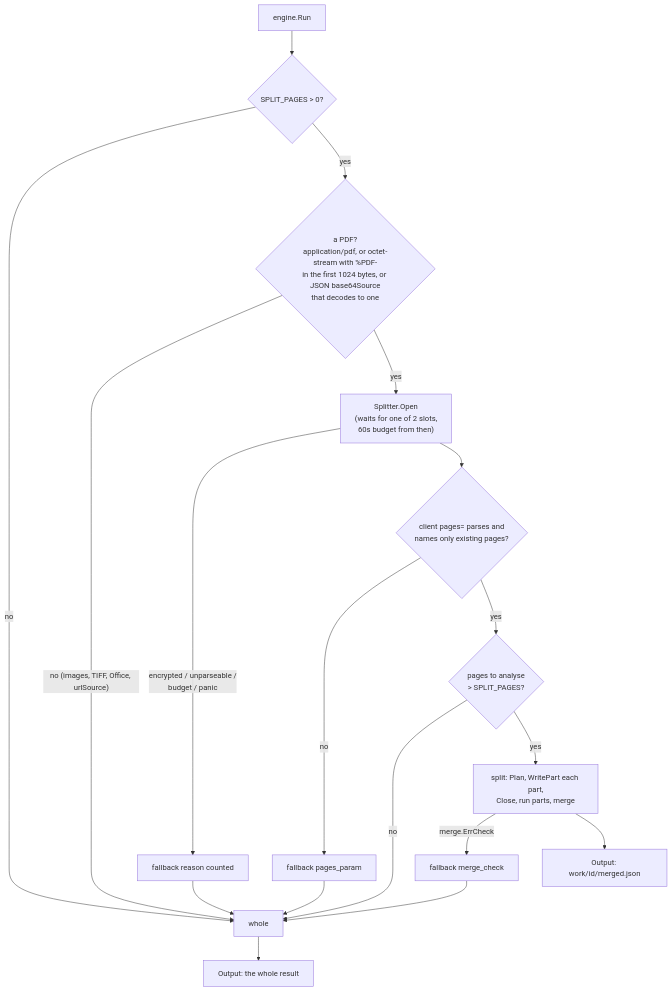
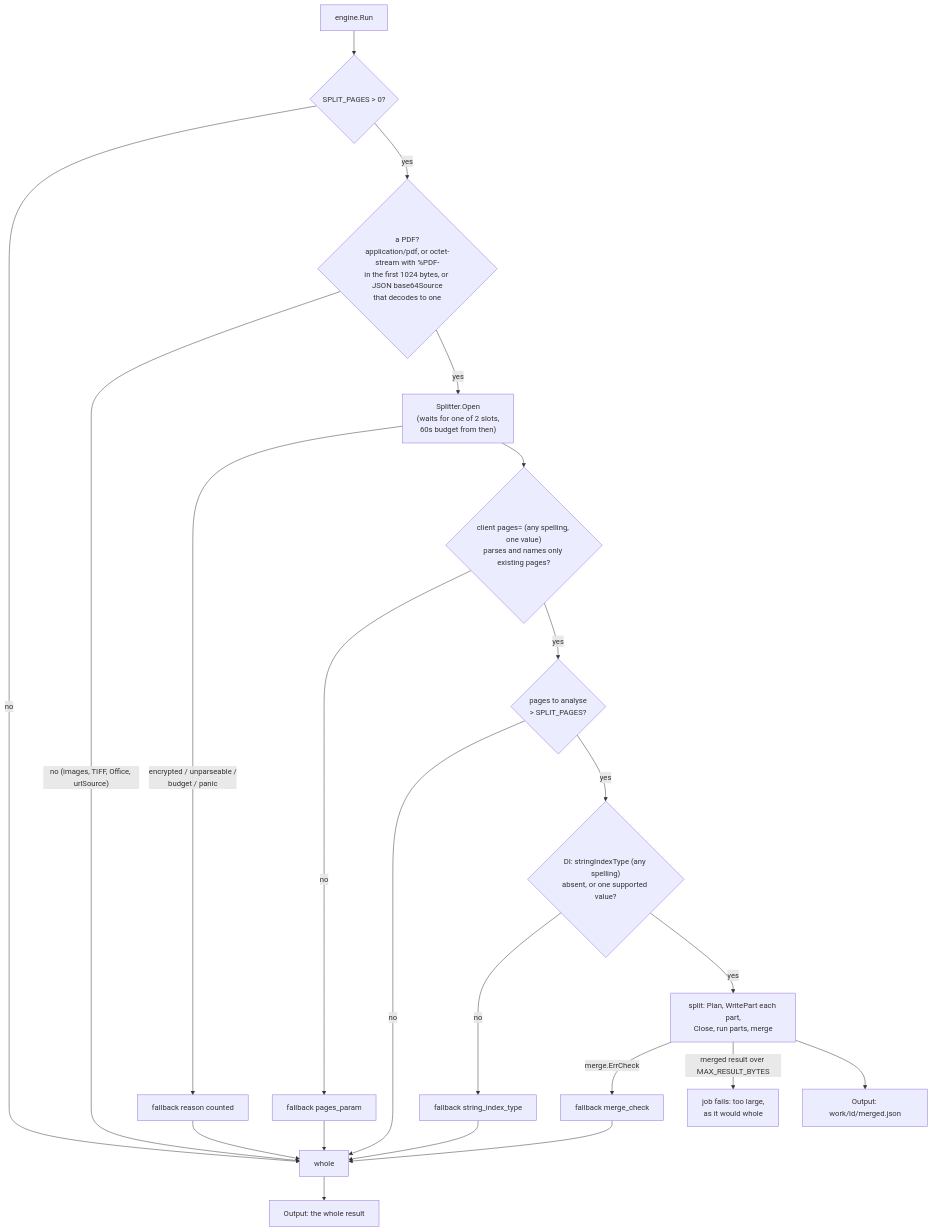
The fifth of 7 diagrams in docs/ARCHITECTURE.md (NilenduGanguli/azure-gateway-api), drawn with Mermaid before and after one commit. The commit also changed other lines of this file and 4 other files, not shown here.

````diff
--- a/docs/ARCHITECTURE.md
+++ b/docs/ARCHITECTURE.md
@@ -445,17 +445,20 @@
 ```mermaid
 flowchart TD
     A["engine.Run"] --> B{"SPLIT_PAGES > 0?"}
     B -->|no| W["whole"]
     B -->|yes| C{"a PDF?<br/>application/pdf, or octet-stream with %PDF-<br/>in the first 1024 bytes, or JSON base64Source<br/>that decodes to one"}
     C -->|"no (images, TIFF, Office, urlSource)"| W
     C -->|yes| D["Splitter.Open<br/>(waits for one of 2 slots,<br/>60s budget from then)"]
     D -->|"encrypted / unparseable /<br/>budget / panic"| F1["fallback reason counted"] --> W
-    D --> E{"client pages= parses and<br/>names only existing pages?"}
+    D --> E{"client pages= (any spelling, one value)<br/>parses and names only existing pages?"}
     E -->|no| F2["fallback pages_param"] --> W
     E -->|yes| G{"pages to analyse<br/>> SPLIT_PAGES?"}
     G -->|no| W
-    G -->|yes| S["split: Plan, WritePart each part,<br/>Close, run parts, merge"]
+    G -->|yes| H{"DI: stringIndexType (any spelling)<br/>absent, or one supported value?"}
+    H -->|no| F4["fallback string_index_type"] --> W
+    H -->|yes| S["split: Plan, WritePart each part,<br/>Close, run parts, merge"]
     S -->|"merge.ErrCheck"| F3["fallback merge_check"] --> W
+    S -->|"merged result over MAX_RESULT_BYTES"| X["job fails: too large,<br/>as it would whole"]
     S --> O["Output: work/id/merged.json"]
     W --> O2["Output: the whole result"]
 ```
````
